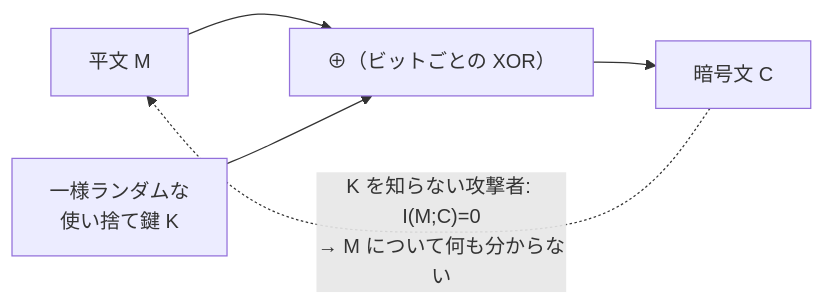
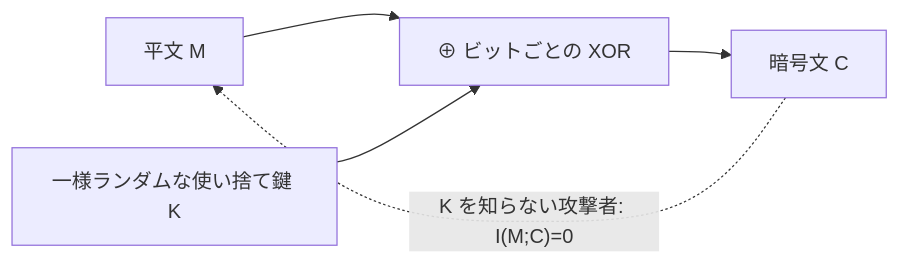
One commit to SomaTomita/sec-prep changed the diagram in topics/01_prerequisites/01_math-for-crypto/05_info-theory/03_perfect-secrecy-otp.md. Above: the diagram before and after it, drawn with Mermaid. The commit also changed other lines of this file and 4 other files, not shown here.

````diff
--- a/topics/01_prerequisites/01_math-for-crypto/05_info-theory/03_perfect-secrecy-otp.md
+++ b/topics/01_prerequisites/01_math-for-crypto/05_info-theory/03_perfect-secrecy-otp.md
@@ -44,7 +45,7 @@
 ```mermaid
 flowchart LR
-    M["平文 M"] --> XOR["⊕（ビットごとの XOR）"]
-    K["一様ランダムな<br/>使い捨て鍵 K"] --> XOR
+    M["平文 M"] --> XOR["⊕ ビットごとの XOR"]
+    K["一様ランダムな使い捨て鍵 K"] --> XOR
     XOR --> C["暗号文 C"]
-    C -.->|"K を知らない攻撃者: I(M;C)=0<br/>→ M について何も分からない"| M
+    C -.->|"K を知らない攻撃者: I(M;C)=0"| M
 ```
````
